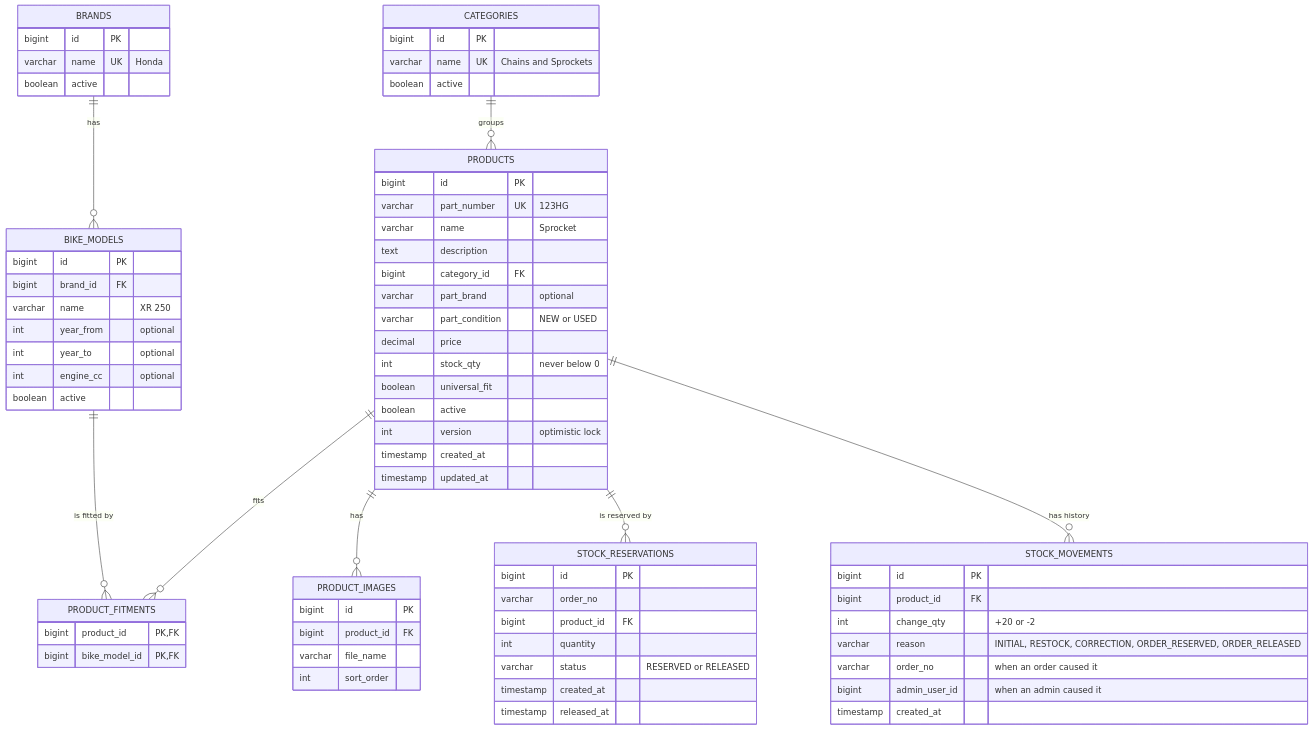
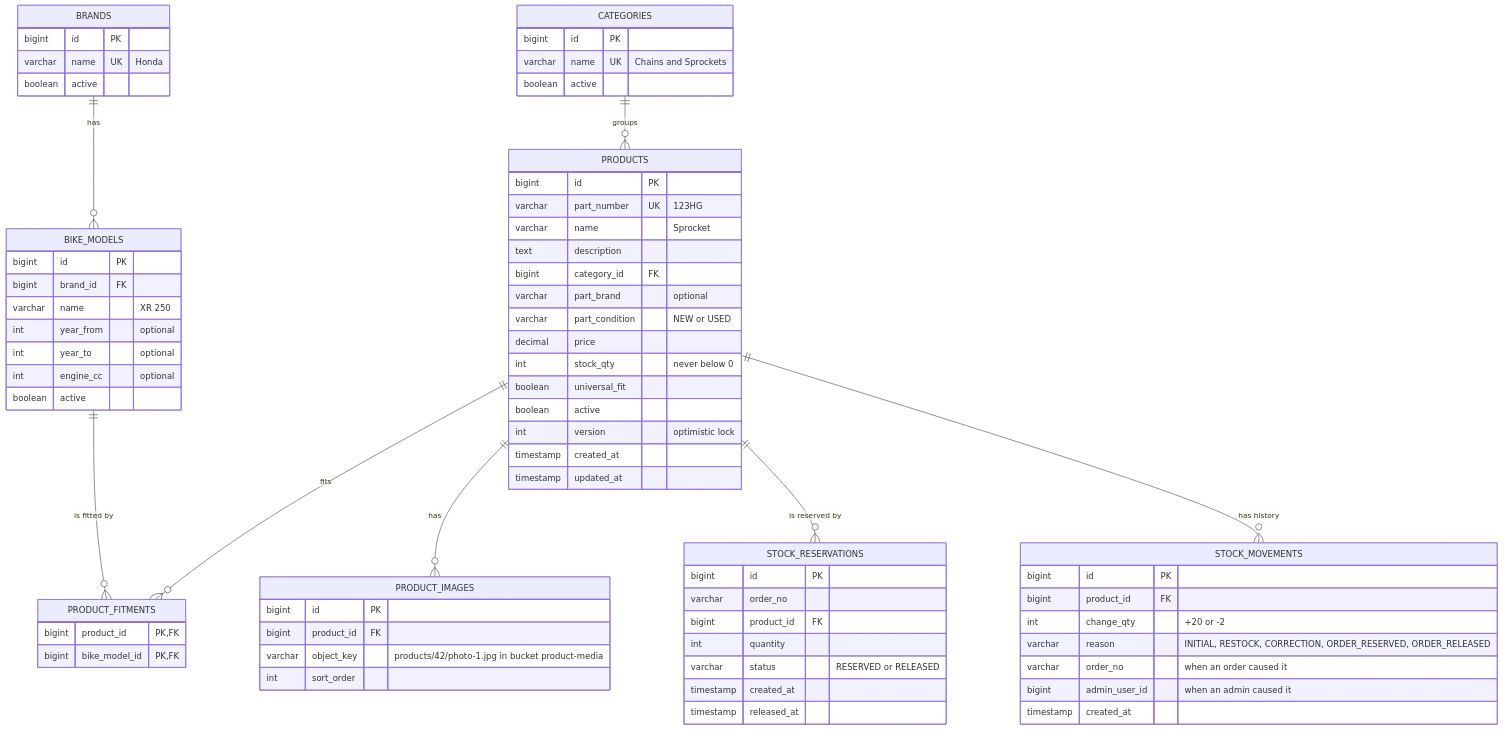
One commit to MotoXpress-wicky/infrastructure changed the second of 5 diagrams in docs/mvp/08-data-model.md. Above: the diagram before and after it, drawn with Mermaid. The commit also changed other lines of this file and 17 other files, not shown here.

````diff
--- a/docs/mvp/08-data-model.md
+++ b/docs/mvp/08-data-model.md
@@ -60,74 +60,74 @@
 ```mermaid
 erDiagram
     BRANDS ||--o{ BIKE_MODELS : "has"
     CATEGORIES ||--o{ PRODUCTS : "groups"
     PRODUCTS ||--o{ PRODUCT_FITMENTS : "fits"
     BIKE_MODELS ||--o{ PRODUCT_FITMENTS : "is fitted by"
     PRODUCTS ||--o{ PRODUCT_IMAGES : "has"
     PRODUCTS ||--o{ STOCK_RESERVATIONS : "is reserved by"
     PRODUCTS ||--o{ STOCK_MOVEMENTS : "has history"
 
     BRANDS {
         bigint id PK
         varchar name UK "Honda"
         boolean active
     }
     BIKE_MODELS {
         bigint id PK
         bigint brand_id FK
         varchar name "XR 250"
         int year_from "optional"
         int year_to "optional"
         int engine_cc "optional"
         boolean active
     }
     CATEGORIES {
         bigint id PK
         varchar name UK "Chains and Sprockets"
         boolean active
     }
     PRODUCTS {
         bigint id PK
         varchar part_number UK "123HG"
         varchar name "Sprocket"
         text description
         bigint category_id FK
         varchar part_brand "optional"
         varchar part_condition "NEW or USED"
         decimal price
         int stock_qty "never below 0"
         boolean universal_fit
         boolean active
         int version "optimistic lock"
         timestamp created_at
         timestamp updated_at
     }
     PRODUCT_FITMENTS {
         bigint product_id PK, FK
         bigint bike_model_id PK, FK
     }
     PRODUCT_IMAGES {
         bigint id PK
         bigint product_id FK
-        varchar file_name
+        varchar object_key "products/42/photo-1.jpg in bucket product-media"
         int sort_order
     }
     STOCK_RESERVATIONS {
         bigint id PK
         varchar order_no
         bigint product_id FK
         int quantity
         varchar status "RESERVED or RELEASED"
         timestamp created_at
         timestamp released_at
     }
     STOCK_MOVEMENTS {
         bigint id PK
         bigint product_id FK
         int change_qty "+20 or -2"
         varchar reason "INITIAL, RESTOCK, CORRECTION, ORDER_RESERVED, ORDER_RELEASED"
         varchar order_no "when an order caused it"
         bigint admin_user_id "when an admin caused it"
         timestamp created_at
     }
 ```
````
